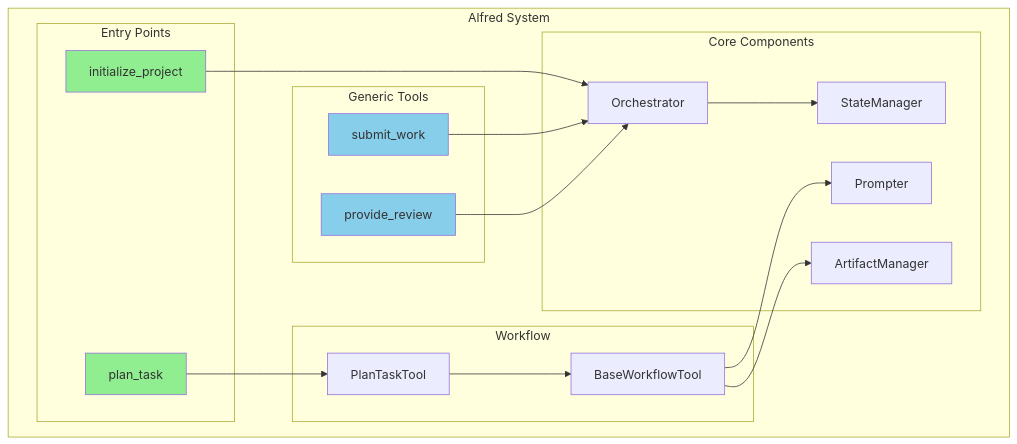
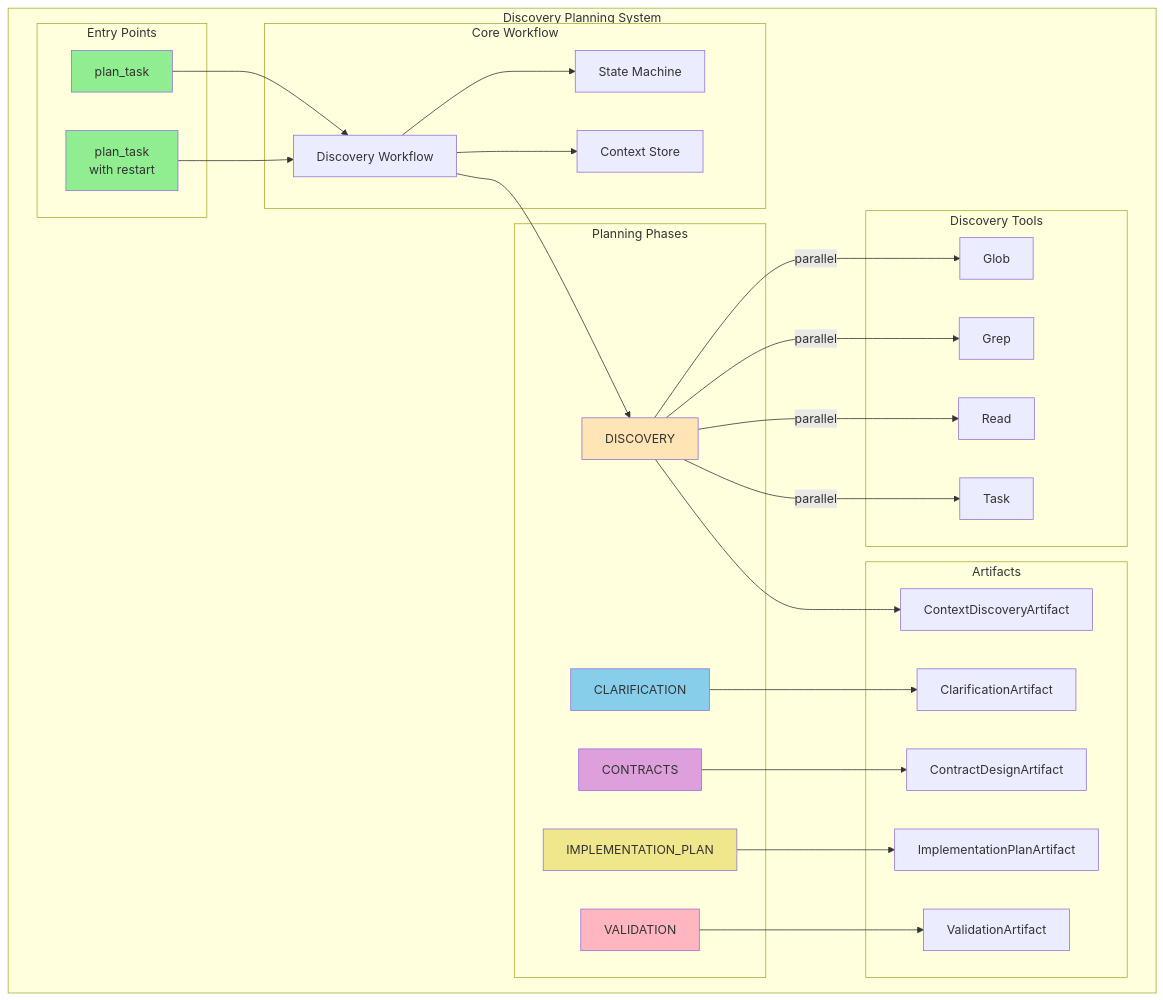
Before and after one commit to fahadkaleem/alfred-task-manager: the first of 3 diagrams in docs/design/plan_task/README.md, drawn with Mermaid. The commit also changed other lines of this file and 177 other files, not shown here.

````diff
--- a/docs/design/plan_task/README.md
+++ b/docs/design/plan_task/README.md
@@ -61,41 +77,64 @@
 ```mermaid
 graph TB
-    subgraph "Alfred System"
+    subgraph "Discovery Planning System"
         subgraph "Entry Points"
-            IT[initialize_project]
             PT[plan_task]
+            PTR[plan_task<br/>with restart]
         end
         
-        subgraph "Generic Tools"
-            SW[submit_work]
-            PR[provide_review]
+        subgraph "Discovery Tools"
+            GLOB[Glob]
+            GREP[Grep]
+            READ[Read]
+            TASK[Task]
         end
         
-        subgraph "Core Components"
-            O[Orchestrator]
-            P[Prompter]
-            AM[ArtifactManager]
-            SM[StateManager]
+        subgraph "Core Workflow"
+            DW[Discovery Workflow]
+            SM[State Machine]
+            CS[Context Store]
         end
         
-        subgraph "Workflow"
-            PTW[PlanTaskTool]
-            BWF[BaseWorkflowTool]
+        subgraph "Planning Phases"
+            DISC[DISCOVERY]
+            CLAR[CLARIFICATION]
+            CONT[CONTRACTS]
+            IMPL[IMPLEMENTATION_PLAN]
+            VAL[VALIDATION]
+        end
+        
+        subgraph "Artifacts"
+            CDA[ContextDiscoveryArtifact]
+            CLA[ClarificationArtifact]
+            CTA[ContractDesignArtifact]
+            IPA[ImplementationPlanArtifact]
+            VA[ValidationArtifact]
         end
     end
     
-    IT --> O
-    PT --> PTW
-    PTW --> BWF
-    SW --> O
-    PR --> O
+    PT --> DW
+    PTR --> DW
     
-    O --> SM
-    BWF --> P
-    BWF --> AM
+    DW --> SM
+    DW --> CS
+    DW --> DISC
     
-    style IT fill:#90EE90
+    DISC --> |parallel| GLOB
+    DISC --> |parallel| GREP
+    DISC --> |parallel| READ
+    DISC --> |parallel| TASK
+    
+    DISC --> CDA
+    CLAR --> CLA
+    CONT --> CTA
+    IMPL --> IPA
+    VAL --> VA
+    
     style PT fill:#90EE90
-    style SW fill:#87CEEB
-    style PR fill:#87CEEB
+    style PTR fill:#90EE90
+    style DISC fill:#FFE4B5
+    style CLAR fill:#87CEEB
+    style CONT fill:#DDA0DD
+    style IMPL fill:#F0E68C
+    style VAL fill:#FFB6C1
 ```
````
